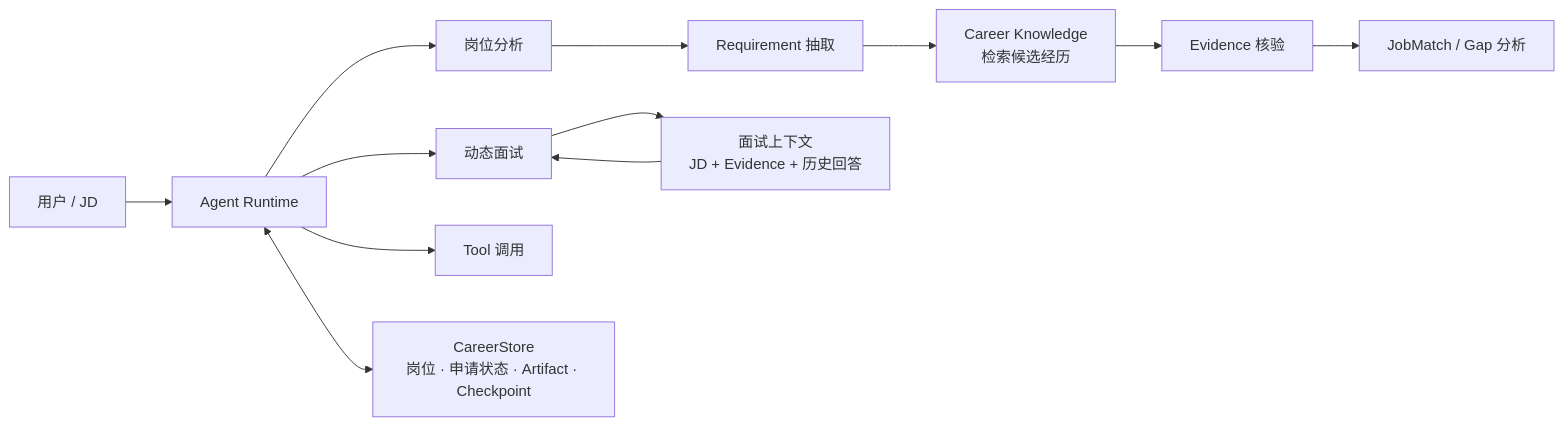
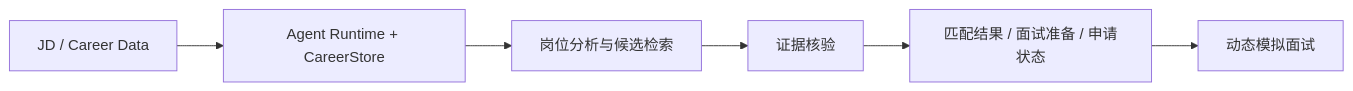
The diagram in README.md (lhuowang681-cpu/stateful-job-agent), drawn with Mermaid before and after one commit. The commit also changed other lines of this file, not shown here.

````diff
--- a/README.md
+++ b/README.md
@@ -125,18 +118,8 @@
 ```mermaid
 flowchart LR
-    U["用户 / JD"] --> A["Agent Runtime"]
-
-    A --> J["岗位分析"]
-    A --> I["动态面试"]
-    A --> T["Tool 调用"]
-
-    J --> R["Requirement 抽取"]
-    R --> K["Career Knowledge<br/>检索候选经历"]
-    K --> E["Evidence 核验"]
-    E --> M["JobMatch / Gap 分析"]
-
-    I --> C["面试上下文<br/>JD + Evidence + 历史回答"]
-    C --> I
-
-    A <--> S["CareerStore<br/>岗位 · 申请状态 · Artifact · Checkpoint"]
+    A["JD / Career Data"] --> B["Agent Runtime + CareerStore"]
+    B --> C["岗位分析与候选检索"]
+    C --> D["证据核验"]
+    D --> E["匹配结果 / 面试准备 / 申请状态"]
+    E --> F["动态模拟面试"]
 ```
````
